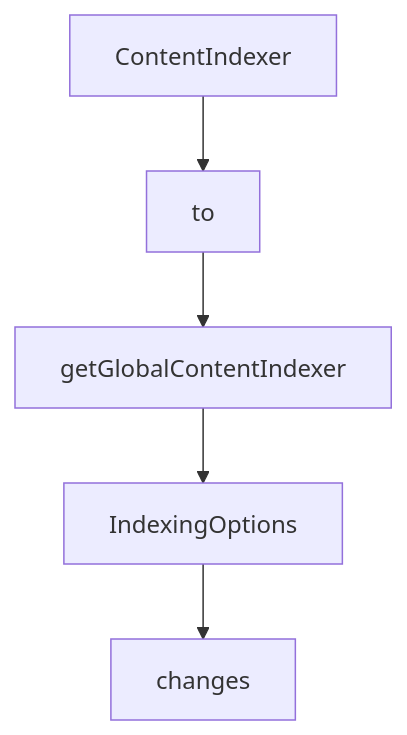
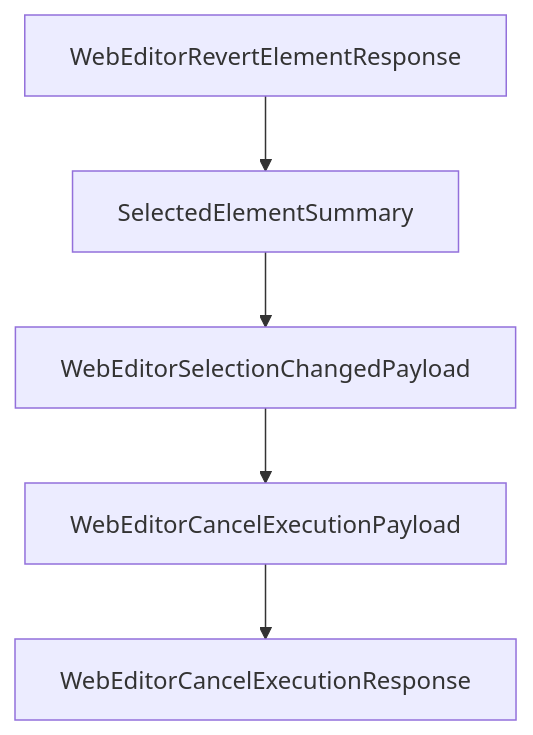
Before and after one commit to johnxie/awesome-code-docs: the diagram in tutorials/mcp-chrome-tutorial/05-transport-modes-and-client-configuration.md, drawn with Mermaid. The commit also changed other lines of this file and 1232 other files, not shown here.

````diff
--- a/tutorials/mcp-chrome-tutorial/05-transport-modes-and-client-configuration.md
+++ b/tutorials/mcp-chrome-tutorial/05-transport-modes-and-client-configuration.md
@@ -201,12 +222,12 @@
 ```mermaid
 flowchart TD
-    A[ContentIndexer]
-    B[to]
-    C[getGlobalContentIndexer]
-    D[IndexingOptions]
-    E[changes]
+    A[WebEditorRevertElementResponse]
+    B[SelectedElementSummary]
+    C[WebEditorSelectionChangedPayload]
+    D[WebEditorCancelExecutionPayload]
+    E[WebEditorCancelExecutionResponse]
     A --> B
     B --> C
     C --> D
     D --> E
 ```
````
